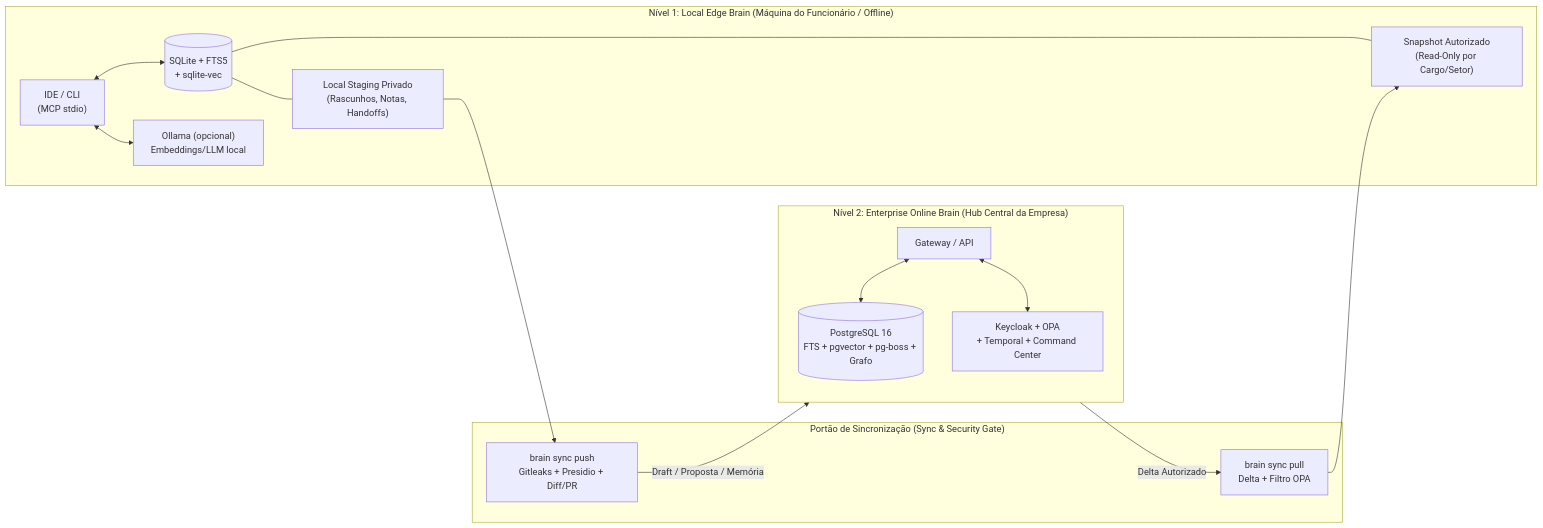
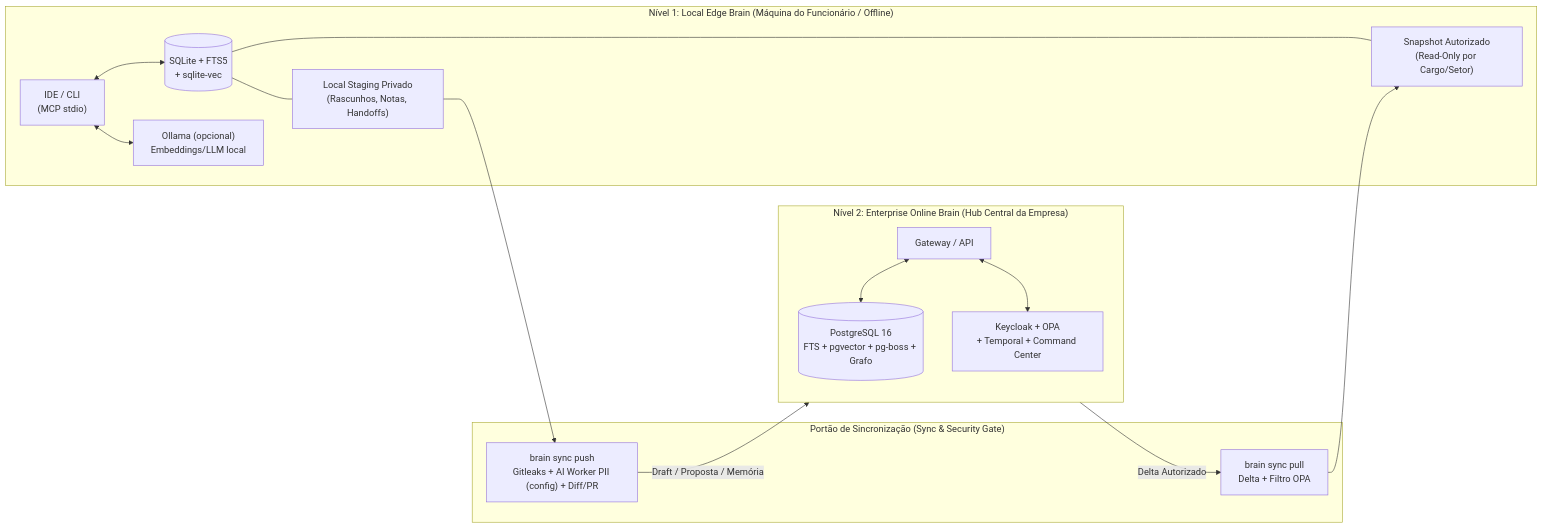
The diagram in docs/01-architecture/hybrid-edge-sync.md (matheusbrittod3v/brain), drawn with Mermaid before and after one commit. The commit also changed other lines of this file and 116 other files, not shown here.

````diff
--- a/docs/01-architecture/hybrid-edge-sync.md
+++ b/docs/01-architecture/hybrid-edge-sync.md
@@ -5,30 +5,30 @@
 ```mermaid
 flowchart LR
     subgraph Edge["Nível 1: Local Edge Brain (Máquina do Funcionário / Offline)"]
         IDE["IDE / CLI\n(MCP stdio)"]
         EDGE_DB[("SQLite + FTS5\n+ sqlite-vec")]
         OLL["Ollama (opcional)\nEmbeddings/LLM local"]
         SNAP["Snapshot Autorizado\n(Read-Only por Cargo/Setor)"]
         STG["Local Staging Privado\n(Rascunhos, Notas, Handoffs)"]
         IDE <--> EDGE_DB
         IDE <--> OLL
         EDGE_DB --- SNAP
         EDGE_DB --- STG
     end
 
     subgraph Gate["Portão de Sincronização (Sync & Security Gate)"]
         PULL["brain sync pull\nDelta + Filtro OPA"]
-        PUSH["brain sync push\nGitleaks + Presidio + Diff/PR"]
+        PUSH["brain sync push\nGitleaks + AI Worker PII (config) + Diff/PR"]
     end
 
     subgraph Hub["Nível 2: Enterprise Online Brain (Hub Central da Empresa)"]
         API["Gateway / API"]
         PDB[("PostgreSQL 16\nFTS + pgvector + pg-boss + Grafo")]
         GOV["Keycloak + OPA\n+ Temporal + Command Center"]
         API <--> PDB
         API <--> GOV
     end
 
     Hub -->|Delta Autorizado| PULL --> SNAP
     STG --> PUSH -->|Draft / Proposta / Memória| Hub
 ```
````
